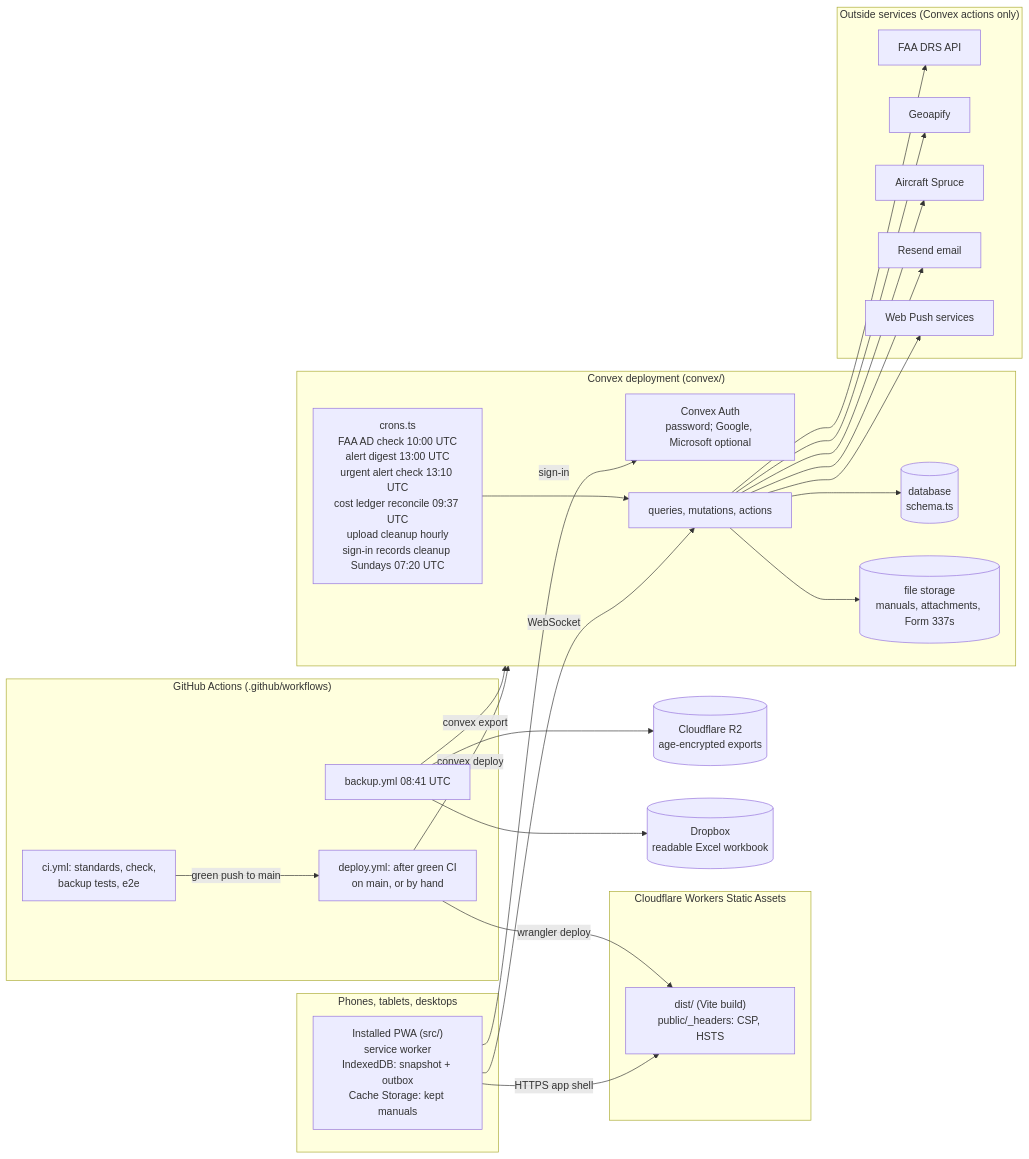
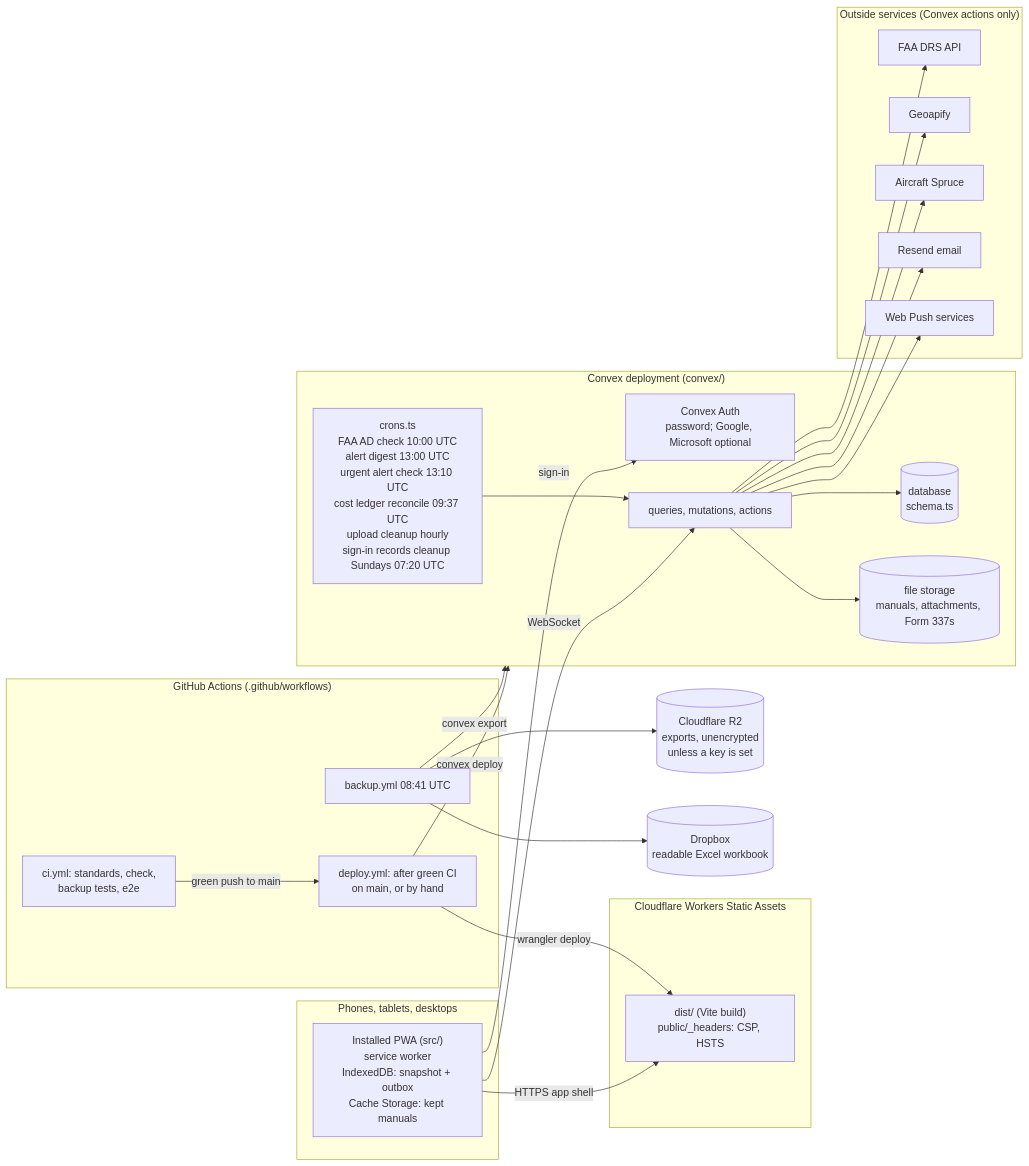
Before and after one commit to angelone-aviation/AO-aircraft-maintenance: the first of 3 diagrams in CONTEXT.md, drawn with Mermaid. The commit also changed other lines of this file and 10 other files, not shown here.

````diff
--- a/CONTEXT.md
+++ b/CONTEXT.md
@@ -11,48 +11,48 @@
 ```mermaid
 flowchart LR
   subgraph Devices["Phones, tablets, desktops"]
     PWA["Installed PWA (src/)<br/>service worker<br/>IndexedDB: snapshot + outbox<br/>Cache Storage: kept manuals"]
   end
   subgraph CF["Cloudflare Workers Static Assets"]
     Static["dist/ (Vite build)<br/>public/_headers: CSP, HSTS"]
   end
   subgraph Convex["Convex deployment (convex/)"]
     Auth["Convex Auth<br/>password; Google, Microsoft optional"]
     Fns["queries, mutations, actions"]
     DB[("database<br/>schema.ts")]
     Files[("file storage<br/>manuals, attachments, Form 337s")]
     Crons["crons.ts<br/>FAA AD check 10:00 UTC<br/>alert digest 13:00 UTC<br/>urgent alert check 13:10 UTC<br/>cost ledger reconcile 09:37 UTC<br/>upload cleanup hourly<br/>sign-in records cleanup Sundays 07:20 UTC"]
   end
   subgraph Ext["Outside services (Convex actions only)"]
     FAA["FAA DRS API"]
     Geo["Geoapify"]
     Spruce["Aircraft Spruce"]
     Resend["Resend email"]
     Push["Web Push services"]
   end
   subgraph GH["GitHub Actions (.github/workflows)"]
     CI["ci.yml: standards, check,<br/>backup tests, e2e"]
     Deploy["deploy.yml: after green CI<br/>on main, or by hand"]
     Nightly["backup.yml 08:41 UTC"]
   end
-  R2[("Cloudflare R2<br/>age-encrypted exports")]
+  R2[("Cloudflare R2<br/>exports, unencrypted<br/>unless a key is set")]
   Dropbox[("Dropbox<br/>readable Excel workbook")]
 
   PWA -->|HTTPS app shell| Static
   PWA -->|WebSocket| Fns
   PWA -->|sign-in| Auth
   Fns --> DB
   Fns --> Files
   Crons --> Fns
   Fns --> FAA
   Fns --> Geo
   Fns --> Spruce
   Fns --> Resend
   Fns --> Push
   CI -->|green push to main| Deploy
   Deploy -->|convex deploy| Convex
   Deploy -->|wrangler deploy| Static
   Nightly -->|convex export| Convex
   Nightly --> R2
   Nightly --> Dropbox
 ```
````
